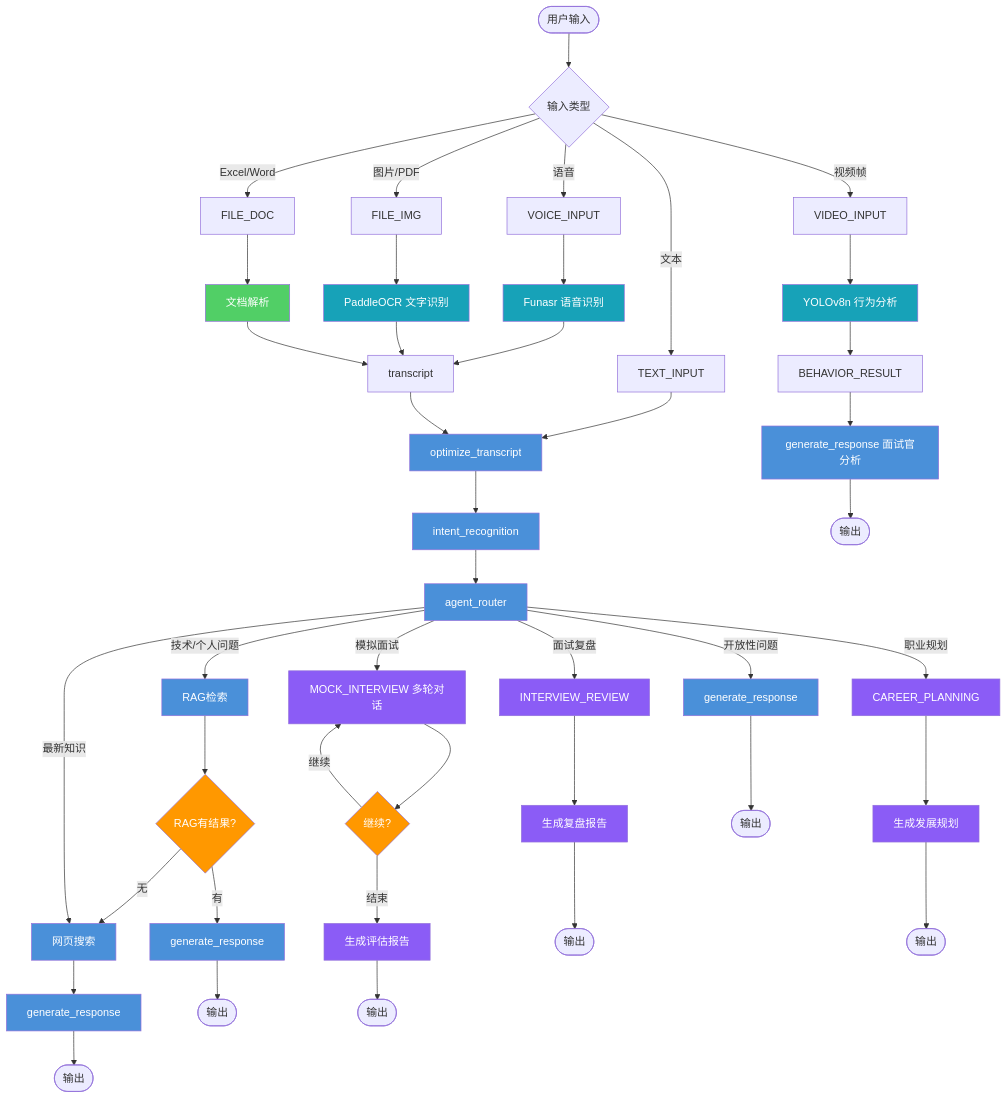
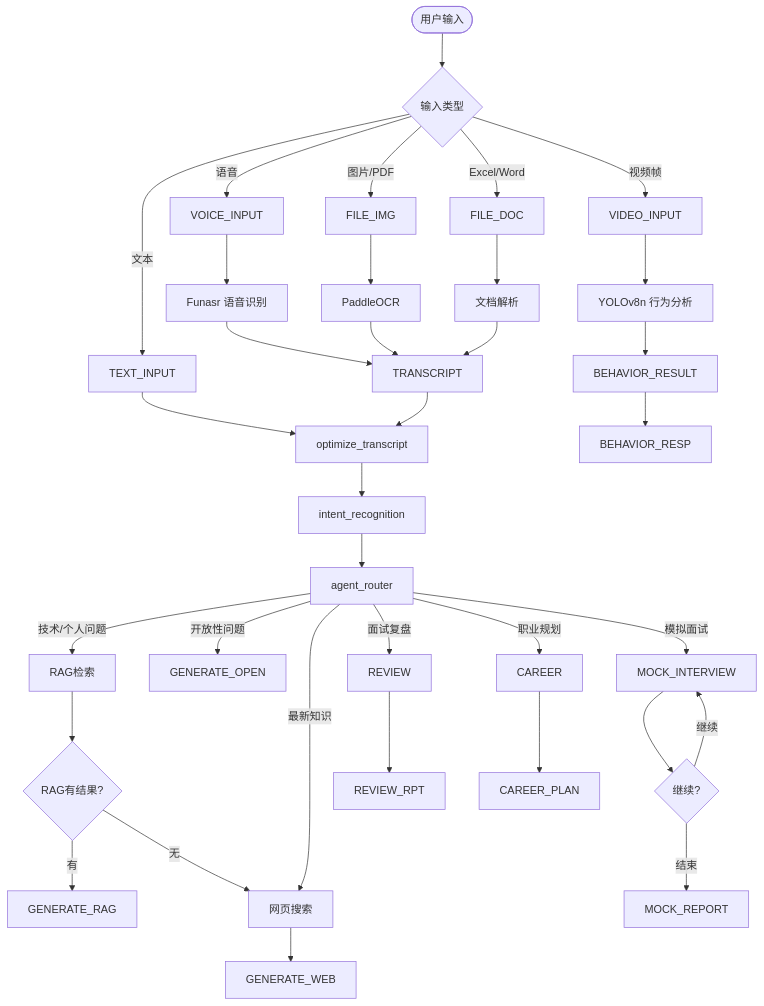
Before and after one commit to MM-arthur/IntelliView: the diagram in README_zh.md, drawn with Mermaid. The commit also changed other lines of this file and 80 other files, not shown here.

````diff
--- a/README_zh.md
+++ b/README_zh.md
@@ -82,80 +112,29 @@
 ```mermaid
 graph TD
     START([用户输入]) --> INPUT_TYPE{输入类型}
-
     INPUT_TYPE -->|文本| TEXT_INPUT
     INPUT_TYPE -->|语音| VOICE_INPUT
     INPUT_TYPE -->|视频帧| VIDEO_INPUT
     INPUT_TYPE -->|图片/PDF| FILE_IMG
     INPUT_TYPE -->|Excel/Word| FILE_DOC
 
     TEXT_INPUT --> OPTIMIZE
-    VOICE_INPUT --> WHISPER[Funasr 语音识别]
-    WHISPER --> TRANSCRIPT[transcript]
-    TRANSCRIPT --> OPTIMIZE
+    VOICE_INPUT --> WHISPER[Funasr 语音识别] --> TRANSCRIPT --> OPTIMIZE
+    FILE_IMG --> OCR[PaddleOCR] --> TRANSCRIPT
+    FILE_DOC --> DOC_PARSE[文档解析] --> TRANSCRIPT
+    VIDEO_INPUT --> YOLO[YOLOv8n 行为分析] --> BEHAVIOR_RESULT
 
-    FILE_IMG --> OCR[PaddleOCR 文字识别]
-    OCR --> TRANSCRIPT
+    OPTIMIZE[optimize_transcript] --> INTENT[intent_recognition] --> ROUTER[agent_router]
 
-    FILE_DOC --> DOC_PARSE[文档解析]
-    DOC_PARSE --> TRANSCRIPT
-
-    VIDEO_INPUT --> YOLO[YOLOv8n 行为分析]
-    YOLO --> BEHAVIOR_RESULT
-
-    OPTIMIZE[optimize_transcript] --> INTENT[intent_recognition]
-    INTENT --> ROUTER[agent_router]
-
-    ROUTER -->|技术/个人问题| RAG[RAG检索]
-    RAG --> CHECK1{RAG有结果?}
-    CHECK1 -->|有| GENERATE_RAG[generate_response]
+    ROUTER -->|技术/个人问题| RAG[RAG检索] --> CHECK1{RAG有结果?}
+    CHECK1 -->|有| GENERATE_RAG
     CHECK1 -->|无| SEARCH
-
-    ROUTER -->|最新知识| SEARCH[网页搜索]
-    SEARCH --> GENERATE_WEB[generate_response]
-
-    ROUTER -->|开放性问题| GENERATE_OPEN[generate_response]
-
-    ROUTER -->|模拟面试| MOCK[MOCK_INTERVIEW 多轮对话]
-    MOCK --> MOCK_LOOP{继续?}
+    ROUTER -->|最新知识| SEARCH[网页搜索] --> GENERATE_WEB
+    ROUTER -->|开放性问题| GENERATE_OPEN
+    ROUTER -->|模拟面试| MOCK[MOCK_INTERVIEW] --> MOCK_LOOP{继续?}
     MOCK_LOOP -->|继续| MOCK
-    MOCK_LOOP -->|结束| MOCK_REPORT[生成评估报告]
-
-    ROUTER -->|面试复盘| REVIEW[INTERVIEW_REVIEW]
-    REVIEW --> REVIEW_RPT[生成复盘报告]
-
-    ROUTER -->|职业规划| CAREER[CAREER_PLANNING]
-    CAREER --> CAREER_PLAN[生成发展规划]
-
-    BEHAVIOR_RESULT --> BEHAVIOR_RESP[generate_response 面试官分析]
-
-    GENERATE_RAG --> END1([输出])
-    GENERATE_WEB --> END2([输出])
-    GENERATE_OPEN --> END3([输出])
-    BEHAVIOR_RESP --> END4([输出])
-    MOCK_REPORT --> END5([输出])
-    REVIEW_RPT --> END6([输出])
-    CAREER_PLAN --> END7([输出])
-
-    style OPTIMIZE fill:#4a90d9,color:#fff
-    style INTENT fill:#4a90d9,color:#fff
-    style ROUTER fill:#4a90d9,color:#fff
-    style RAG fill:#4a90d9,color:#fff
-    style SEARCH fill:#4a90d9,color:#fff
-    style MOCK fill:#8b5cf6,color:#fff
-    style REVIEW fill:#8b5cf6,color:#fff
-    style CAREER fill:#8b5cf6,color:#fff
-    style GENERATE_RAG fill:#4a90d9,color:#fff
-    style GENERATE_WEB fill:#4a90d9,color:#fff
-    style GENERATE_OPEN fill:#4a90d9,color:#fff
-    style BEHAVIOR_RESP fill:#4a90d9,color:#fff
-    style MOCK_REPORT fill:#8b5cf6,color:#fff
-    style REVIEW_RPT fill:#8b5cf6,color:#fff
-    style CAREER_PLAN fill:#8b5cf6,color:#fff
-    style WHISPER fill:#17a2b8,color:#fff
-    style YOLO fill:#17a2b8,color:#fff
-    style OCR fill:#17a2b8,color:#fff
-    style DOC_PARSE fill:#51cf66,color:#fff
-    style CHECK1 fill:#ff9800,color:#fff
-    style MOCK_LOOP fill:#ff9800,color:#fff
+    MOCK_LOOP -->|结束| MOCK_REPORT
+    ROUTER -->|面试复盘| REVIEW --> REVIEW_RPT
+    ROUTER -->|职业规划| CAREER --> CAREER_PLAN
+    BEHAVIOR_RESULT --> BEHAVIOR_RESP
 ```
````
